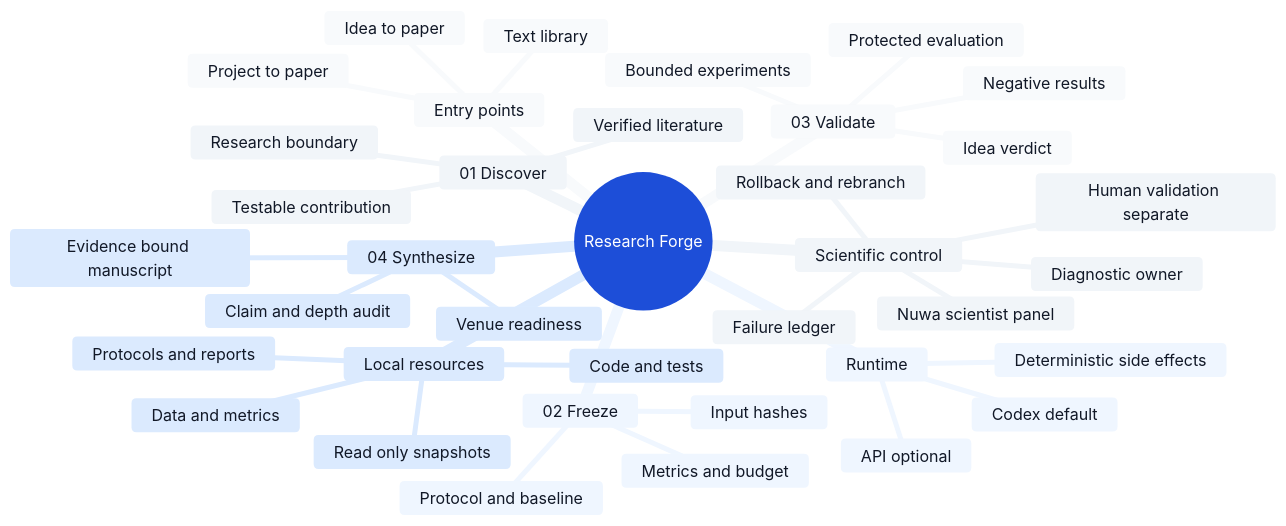
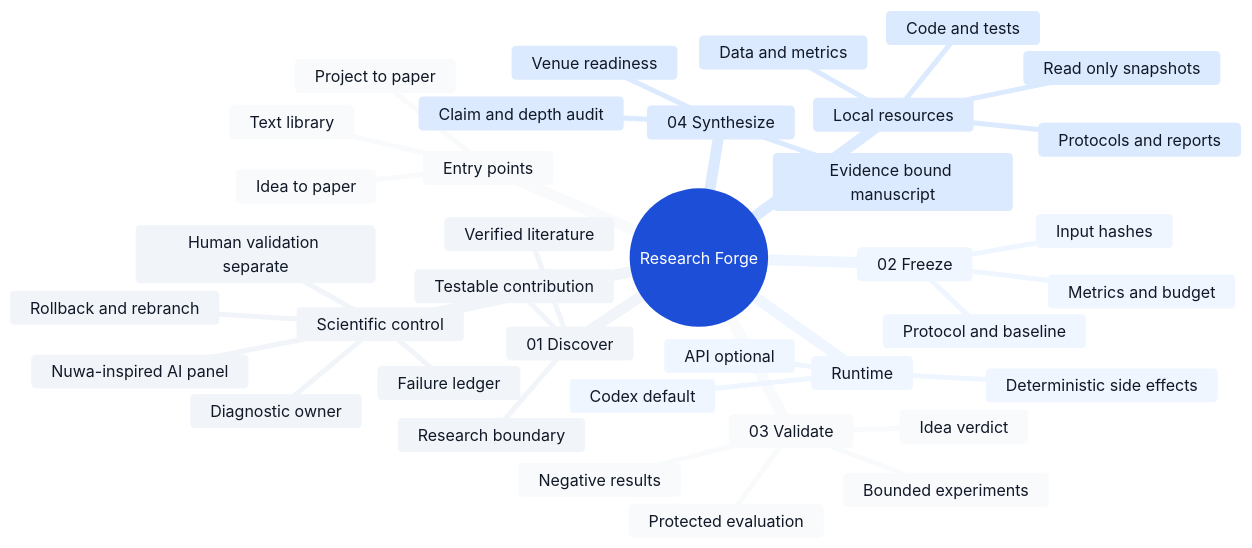
Before and after one commit to CKwin26/Auto-Agentic-Research-Forge: the first of 2 diagrams in README.md, drawn with Mermaid. The commit also changed other lines of this file and 175 other files, not shown here.

```diff
--- a/README.md
+++ b/README.md
@@ -146,7 +146,7 @@
       Claim and depth audit
       Venue readiness
     Scientific control
-      Nuwa scientist panel
+      Nuwa-inspired AI panel
       Diagnostic owner
       Failure ledger
       Rollback and rebranch
```
